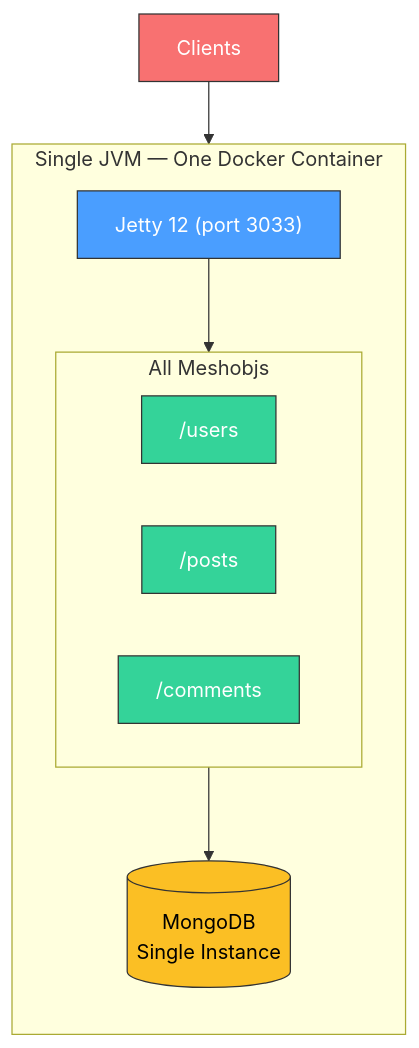
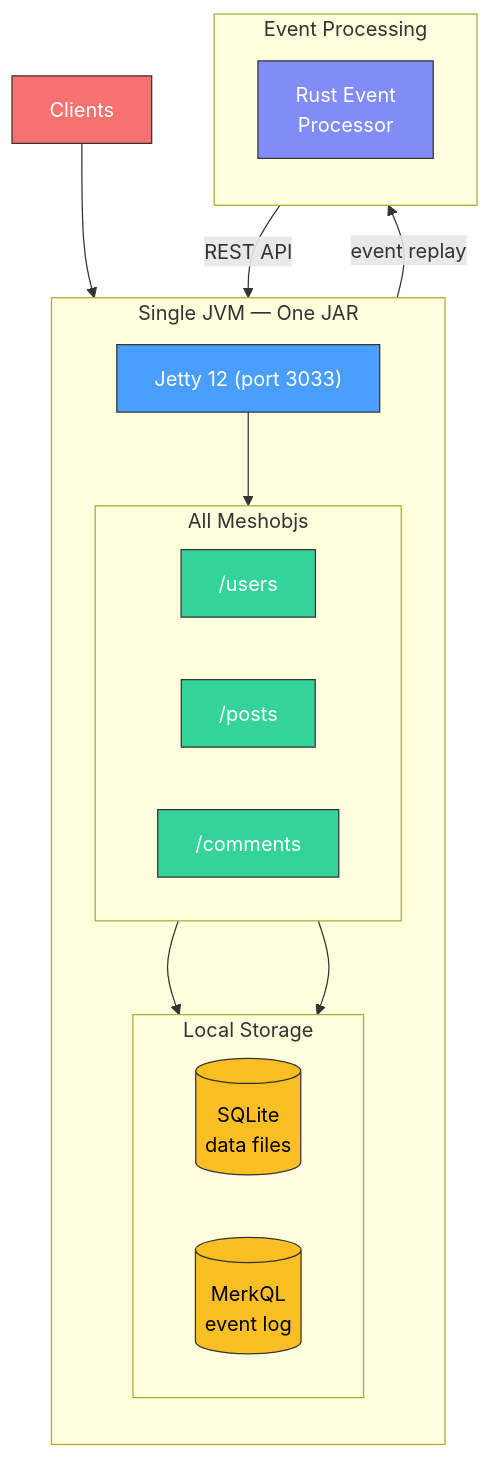
One commit to tsmarsh/meshql changed the first of 4 diagrams in docs/architecture/scalability.md. Above: the diagram before and after it, drawn with Mermaid. The commit also changed other lines of this file and 2 other files, not shown here.

First line of the commit message:
Update architecture docs with MerkQL tier progression

````diff
--- a/docs/architecture/scalability.md
+++ b/docs/architecture/scalability.md
@@ -20,26 +20,43 @@
 ```mermaid
 graph TB
-    subgraph "Single JVM — One Docker Container"
+    subgraph "Single JVM — One JAR"
         direction TB
         server["Jetty 12 (port 3033)"]
 
         subgraph meshobjs["All Meshobjs"]
             direction LR
             users["/users"]
             posts["/posts"]
             comments["/comments"]
         end
 
+        subgraph storage["Local Storage"]
+            direction LR
+            db1[("SQLite<br/>data files")]
+            merkql[("MerkQL<br/>event log")]
+        end
+
         server --> meshobjs
-        meshobjs --> mongo[("MongoDB<br/>Single Instance")]
+        meshobjs --> db1
+        meshobjs --> merkql
     end
+
+    subgraph "Event Processing"
+        direction TB
+        processor["Rust Event<br/>Processor"]
+    end
+
+    merkql -->|"event replay"| processor
+    processor -->|"REST API"| server
 
     client["Clients"] --> server
 
     style server fill:#4a9eff,stroke:#333,color:#fff
     style users fill:#34d399,stroke:#333,color:#fff
     style posts fill:#34d399,stroke:#333,color:#fff
     style comments fill:#34d399,stroke:#333,color:#fff
-    style mongo fill:#fbbf24,stroke:#333,color:#000
+    style db1 fill:#fbbf24,stroke:#333,color:#000
+    style merkql fill:#fbbf24,stroke:#333,color:#000
+    style processor fill:#818cf8,stroke:#333,color:#fff
     style client fill:#f87171,stroke:#333,color:#fff
 ```
````
